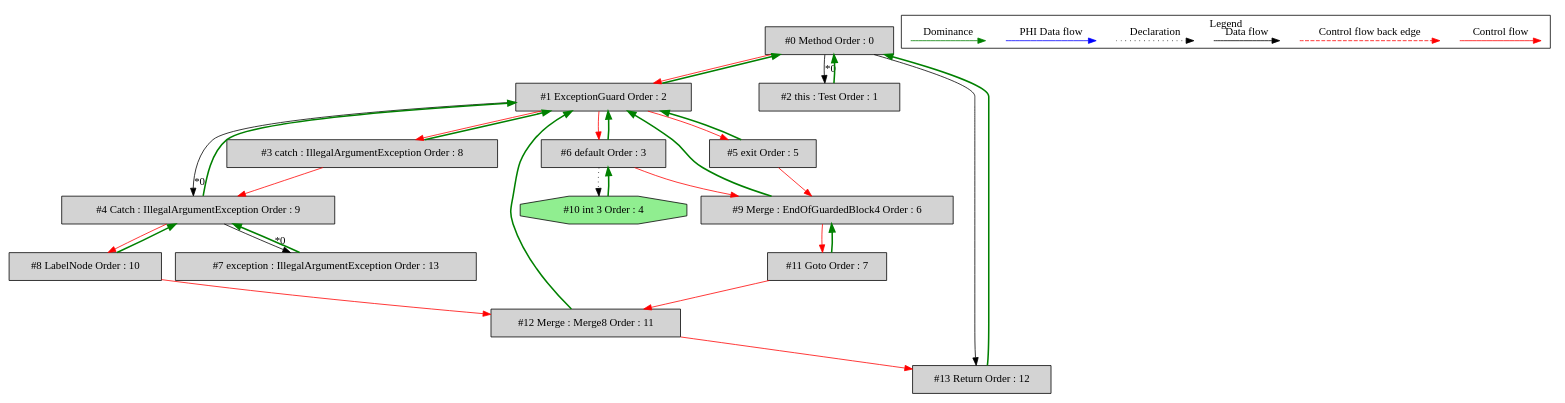
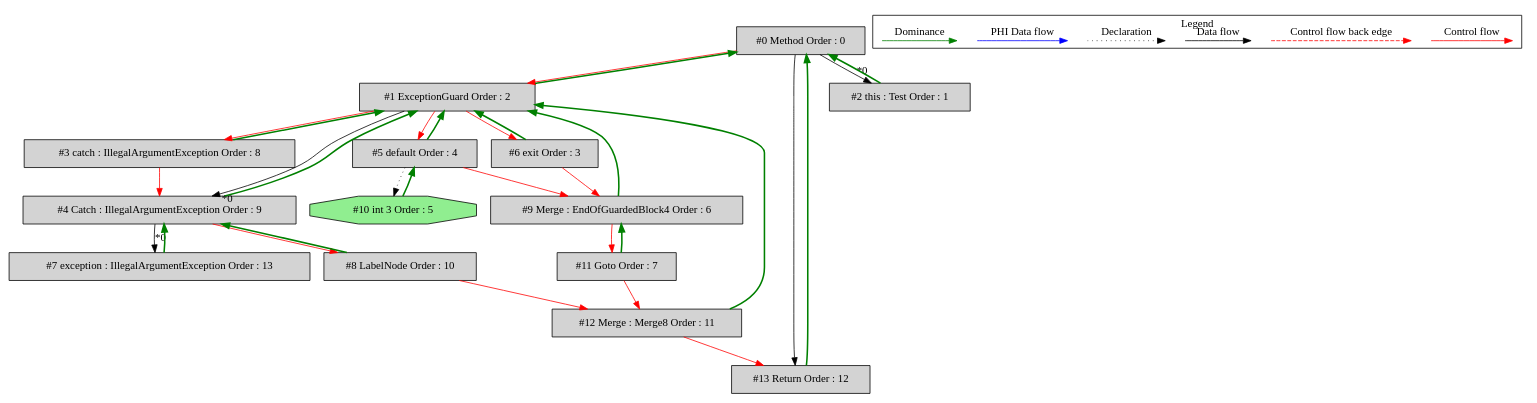
One commit to mirkosertic/MetaIR changed the diagram in de.mirkosertic.metair.ir.OpcodeTryCatchTest/test_SimpleCatch/ir_dominatortree.dot. Above: the diagram before and after it, drawn with Graphviz. The commit also changed 1418 other files, not shown here.

```diff
--- a/de.mirkosertic.metair.ir.OpcodeTryCatchTest/test_SimpleCatch/ir_dominatortree.dot
+++ b/de.mirkosertic.metair.ir.OpcodeTryCatchTest/test_SimpleCatch/ir_dominatortree.dot
@@ -1,73 +1,73 @@
 digraph debugoutput {
  ordering="in";
  node0[label="#0 Method Order : 0",shape=box, fillcolor=lightgrey, style=filled];
  node1[label="#1 ExceptionGuard Order : 2",shape=box, fillcolor=lightgrey, style=filled];
  node1 -> node0[dir="forward" color="green" penwidth="2"];
  node0 -> node1[labeldistance=2, color=red, fontcolor=red];
  node2[label="#2 this : Test Order : 1",shape=box, fillcolor=lightgrey, style=filled];
  node2 -> node0[dir="forward" color="green" penwidth="2"];
  node0 -> node2[headlabel="*0", labeldistance=2];
  node3[label="#3 catch : IllegalArgumentException Order : 8",shape=box, fillcolor=lightgrey, style=filled];
  node3 -> node1[dir="forward" color="green" penwidth="2"];
  node1 -> node3[labeldistance=2, color=red, fontcolor=red];
  node4[label="#4 Catch : IllegalArgumentException Order : 9",shape=box, fillcolor=lightgrey, style=filled];
  node4 -> node1[dir="forward" color="green" penwidth="2"];
  node1 -> node4[headlabel="*0", labeldistance=2];
  node3 -> node4[labeldistance=2, color=red, fontcolor=red];
- node5[label="#5 exit Order : 5",shape=box, fillcolor=lightgrey, style=filled];
+ node5[label="#5 default Order : 4",shape=box, fillcolor=lightgrey, style=filled];
  node5 -> node1[dir="forward" color="green" penwidth="2"];
  node1 -> node5[labeldistance=2, color=red, fontcolor=red];
- node6[label="#6 default Order : 3",shape=box, fillcolor=lightgrey, style=filled];
+ node6[label="#6 exit Order : 3",shape=box, fillcolor=lightgrey, style=filled];
  node6 -> node1[dir="forward" color="green" penwidth="2"];
  node1 -> node6[labeldistance=2, color=red, fontcolor=red];
  node7[label="#7 exception : IllegalArgumentException Order : 13",shape=box, fillcolor=lightgrey, style=filled];
  node7 -> node4[dir="forward" color="green" penwidth="2"];
  node4 -> node7[headlabel="*0", labeldistance=2];
  node8[label="#8 LabelNode Order : 10",shape=box, fillcolor=lightgrey, style=filled];
  node8 -> node4[dir="forward" color="green" penwidth="2"];
  node4 -> node8[labeldistance=2, color=red, fontcolor=red];
  node9[label="#9 Merge : EndOfGuardedBlock4 Order : 6",shape=box, fillcolor=lightgrey, style=filled];
  node9 -> node1[dir="forward" color="green" penwidth="2"];
+ node5 -> node9[labeldistance=2, color=red, fontcolor=red];
  node6 -> node9[labeldistance=2, color=red, fontcolor=red];
- node5 -> node9[labeldistance=2, color=red, fontcolor=red];
- node10[label="#10 int 3 Order : 4",shape=octagon, fillcolor=lightgreen, style=filled];
- node10 -> node6[dir="forward" color="green" penwidth="2"];
- node6 -> node10[style=dotted];
+ node10[label="#10 int 3 Order : 5",shape=octagon, fillcolor=lightgreen, style=filled];
+ node10 -> node5[dir="forward" color="green" penwidth="2"];
+ node5 -> node10[style=dotted];
  node11[label="#11 Goto Order : 7",shape=box, fillcolor=lightgrey, style=filled];
  node11 -> node9[dir="forward" color="green" penwidth="2"];
  node9 -> node11[labeldistance=2, color=red, fontcolor=red];
  node12[label="#12 Merge : Merge8 Order : 11",shape=box, fillcolor=lightgrey, style=filled];
  node12 -> node1[dir="forward" color="green" penwidth="2"];
  node11 -> node12[labeldistance=2, color=red, fontcolor=red];
  node8 -> node12[labeldistance=2, color=red, fontcolor=red];
  node13[label="#13 Return Order : 12",shape=box, fillcolor=lightgrey, style=filled];
  node13 -> node0[dir="forward" color="green" penwidth="2"];
  node12 -> node13[labeldistance=2, color=red, fontcolor=red];
  node0 -> node13;
  subgraph cluster_000 {
   label = "Legend";
   node [shape=point]
   {
    rank=same;
    c0 [style = invis];
    c1 [style = invis];
    c2 [style = invis];
    c3 [style = invis];
    d0 [style = invis];
    d1 [style = invis];
    d2 [style = invis];
    d3 [style = invis];
    d4 [style = invis];
    d5 [style = invis];
    d6 [style = invis];
    d7 [style = invis];
   }
   c0 -> c1 [label="Control flow", style=solid, color=red]
   c2 -> c3 [label="Control flow back edge", style=dashed, color=red]
   d0 -> d1 [label="Data flow"]
   d2 -> d3 [label="Declaration", style=dotted]
   d4 -> d5 [label="PHI Data flow", color=blue]
   d6 -> d7 [label="Dominance", color=green]
  }
 
 }
```
